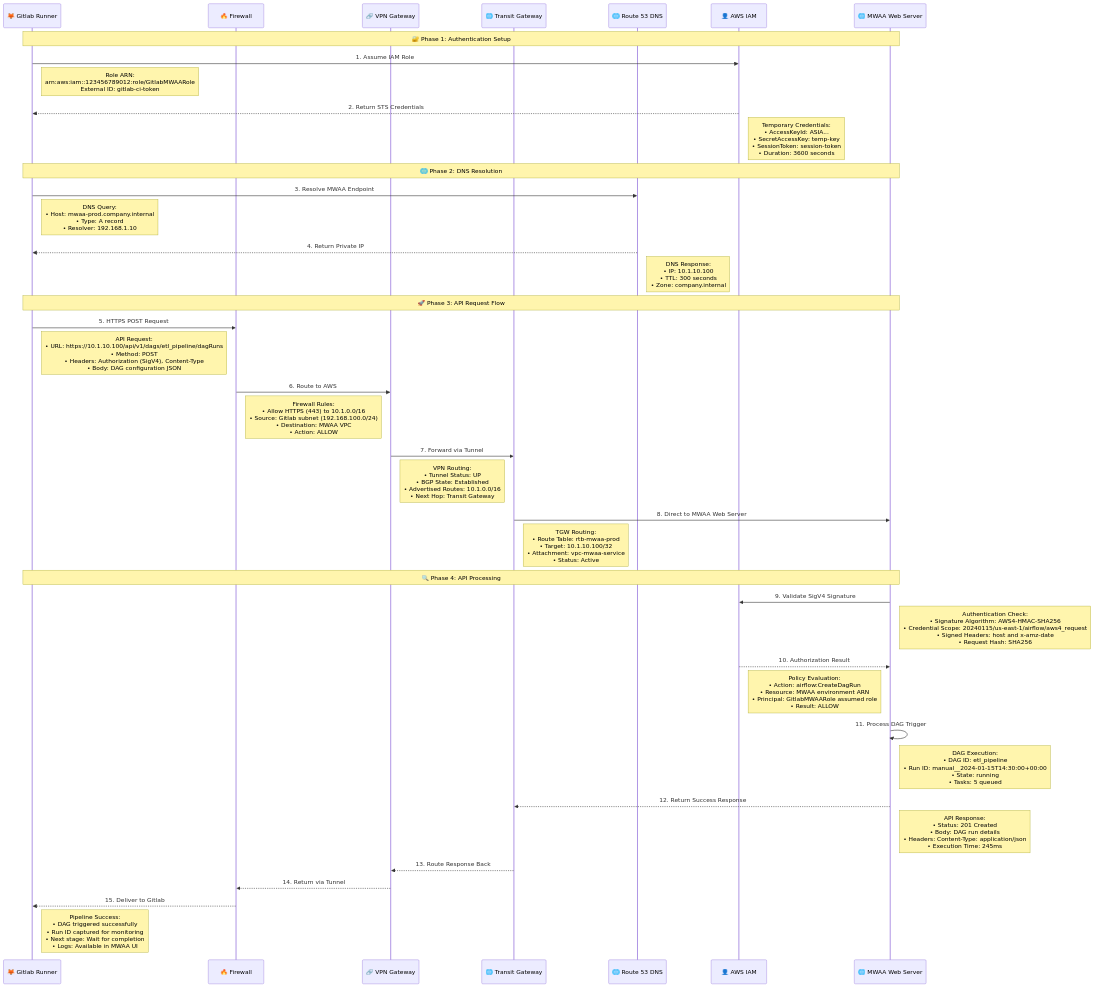
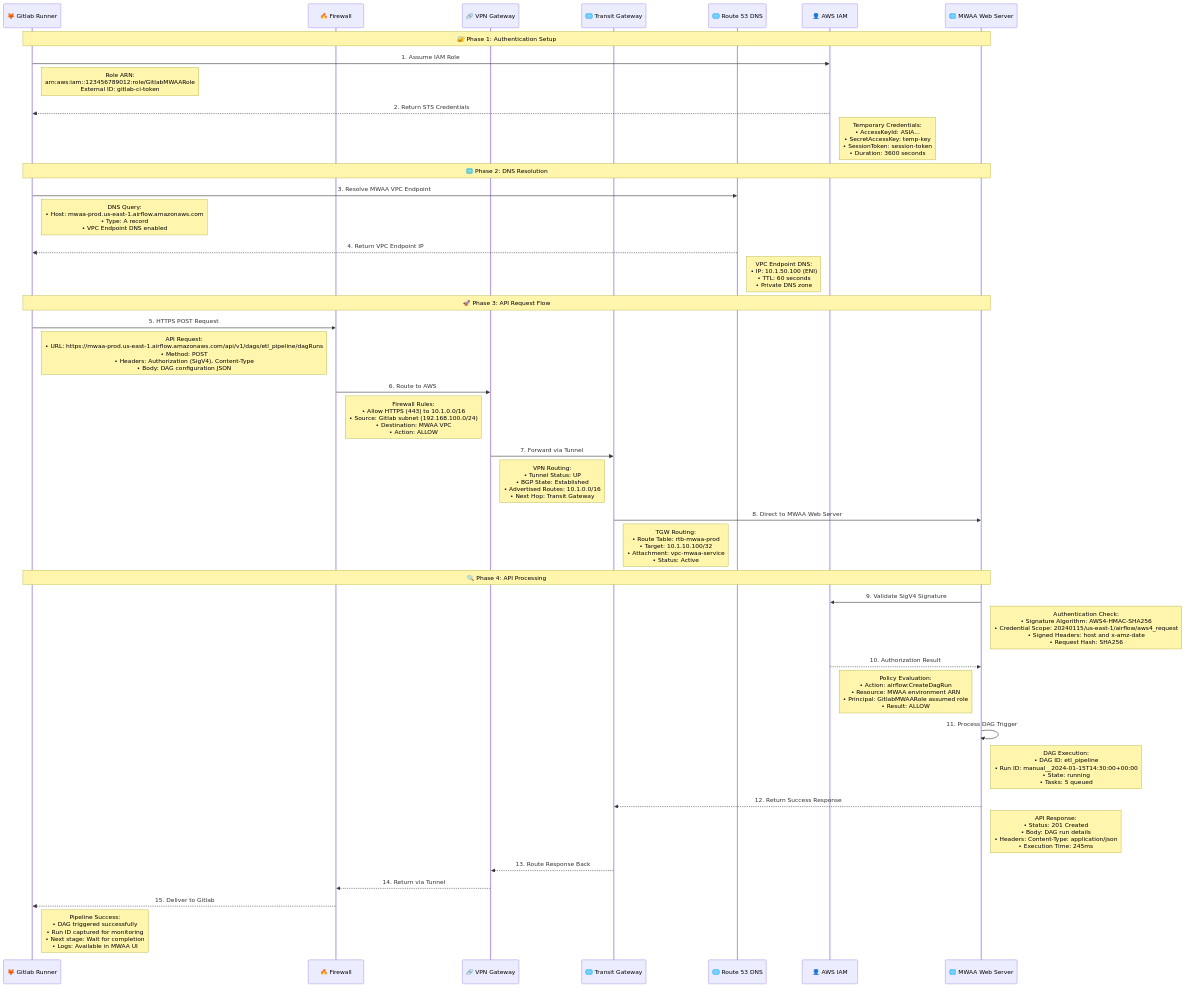
Before and after one commit to demoq-demo/mwaa: the second of 12 diagrams in restapi.md, drawn with Mermaid. The commit also changed other lines of this file, not shown here.

````diff
--- a/restapi.md
+++ b/restapi.md
@@ -41,60 +42,60 @@
 ```mermaid
 sequenceDiagram
     participant GL as 🦊 Gitlab Runner
     participant FW as 🔥 Firewall
     participant VPN as 🔗 VPN Gateway
     participant TGW as 🌐 Transit Gateway
     participant DNS as 🌐 Route 53 DNS
     participant IAM as 👤 AWS IAM
     participant WS as 🌐 MWAA Web Server
     
     Note over GL,WS: 🔐 Phase 1: Authentication Setup
     
     GL->>IAM: 1. Assume IAM Role
     Note right of GL: Role ARN:<br/>arn:aws:iam::123456789012:role/GitlabMWAARole<br/>External ID: gitlab-ci-token
     
     IAM-->>GL: 2. Return STS Credentials
     Note right of IAM: Temporary Credentials:<br/>• AccessKeyId: ASIA...<br/>• SecretAccessKey: temp-key<br/>• SessionToken: session-token<br/>• Duration: 3600 seconds
     
     Note over GL,WS: 🌐 Phase 2: DNS Resolution
     
-    GL->>DNS: 3. Resolve MWAA Endpoint
-    Note right of GL: DNS Query:<br/>• Host: mwaa-prod.company.internal<br/>• Type: A record<br/>• Resolver: 192.168.1.10
+    GL->>DNS: 3. Resolve MWAA VPC Endpoint
+    Note right of GL: DNS Query:<br/>• Host: mwaa-prod.us-east-1.airflow.amazonaws.com<br/>• Type: A record<br/>• VPC Endpoint DNS enabled
     
-    DNS-->>GL: 4. Return Private IP
-    Note right of DNS: DNS Response:<br/>• IP: 10.1.10.100<br/>• TTL: 300 seconds<br/>• Zone: company.internal
+    DNS-->>GL: 4. Return VPC Endpoint IP
+    Note right of DNS: VPC Endpoint DNS:<br/>• IP: 10.1.50.100 (ENI)<br/>• TTL: 60 seconds<br/>• Private DNS zone
     
     Note over GL,WS: 🚀 Phase 3: API Request Flow
     
     GL->>FW: 5. HTTPS POST Request
-    Note right of GL: API Request:<br/>• URL: https://10.1.10.100/api/v1/dags/etl_pipeline/dagRuns<br/>• Method: POST<br/>• Headers: Authorization (SigV4), Content-Type<br/>• Body: DAG configuration JSON
+    Note right of GL: API Request:<br/>• URL: https://mwaa-prod.us-east-1.airflow.amazonaws.com/api/v1/dags/etl_pipeline/dagRuns<br/>• Method: POST<br/>• Headers: Authorization (SigV4), Content-Type<br/>• Body: DAG configuration JSON
     
     FW->>VPN: 6. Route to AWS
     Note right of FW: Firewall Rules:<br/>• Allow HTTPS (443) to 10.1.0.0/16<br/>• Source: Gitlab subnet (192.168.100.0/24)<br/>• Destination: MWAA VPC<br/>• Action: ALLOW
     
     VPN->>TGW: 7. Forward via Tunnel
     Note right of VPN: VPN Routing:<br/>• Tunnel Status: UP<br/>• BGP State: Established<br/>• Advertised Routes: 10.1.0.0/16<br/>• Next Hop: Transit Gateway
     
     TGW->>WS: 8. Direct to MWAA Web Server
     Note right of TGW: TGW Routing:<br/>• Route Table: rtb-mwaa-prod<br/>• Target: 10.1.10.100/32<br/>• Attachment: vpc-mwaa-service<br/>• Status: Active
     
     Note over GL,WS: 🔍 Phase 4: API Processing
     
     WS->>IAM: 9. Validate SigV4 Signature
     Note right of WS: Authentication Check:<br/>• Signature Algorithm: AWS4-HMAC-SHA256<br/>• Credential Scope: 20240115/us-east-1/airflow/aws4_request<br/>• Signed Headers: host and x-amz-date<br/>• Request Hash: SHA256
     
     IAM-->>WS: 10. Authorization Result
     Note right of IAM: Policy Evaluation:<br/>• Action: airflow:CreateDagRun<br/>• Resource: MWAA environment ARN<br/>• Principal: GitlabMWAARole assumed role<br/>• Result: ALLOW
     
     WS->>WS: 11. Process DAG Trigger
     Note right of WS: DAG Execution:<br/>• DAG ID: etl_pipeline<br/>• Run ID: manual__2024-01-15T14:30:00+00:00<br/>• State: running<br/>• Tasks: 5 queued
     
     WS-->>TGW: 12. Return Success Response
     Note right of WS: API Response:<br/>• Status: 201 Created<br/>• Body: DAG run details<br/>• Headers: Content-Type: application/json<br/>• Execution Time: 245ms
     
     TGW-->>VPN: 13. Route Response Back
     VPN-->>FW: 14. Return via Tunnel
     FW-->>GL: 15. Deliver to Gitlab
     
     Note right of GL: Pipeline Success:<br/>• DAG triggered successfully<br/>• Run ID captured for monitoring<br/>• Next stage: Wait for completion<br/>• Logs: Available in MWAA UI
 ```
````
